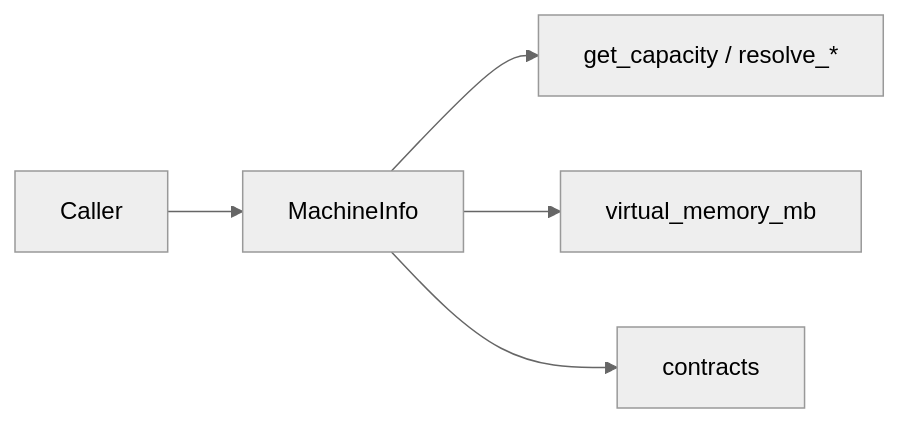
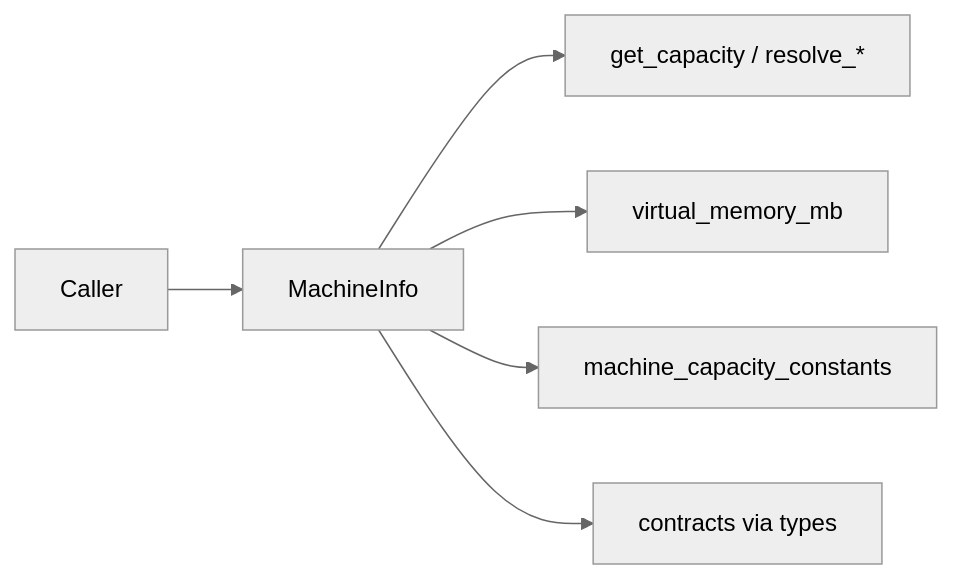
One commit to garnet1985/new-tea-quant changed the diagram in core/infra/machine_capacity/docs/ARCHITECTURE.md. Above: the diagram before and after it, drawn with Mermaid (neutral theme). The commit also changed other lines of this file and 338 other files, not shown here.

````diff
--- a/core/infra/machine_capacity/docs/ARCHITECTURE.md
+++ b/core/infra/machine_capacity/docs/ARCHITECTURE.md
@@ -44,7 +38,8 @@
 ```mermaid
 flowchart LR
   Caller --> MachineInfo
   MachineInfo --> Capacity[get_capacity / resolve_*]
   MachineInfo --> Mem[virtual_memory_mb]
-  MachineInfo --> Types[contracts]
+  MachineInfo --> Const[machine_capacity_constants]
+  MachineInfo --> Types[contracts via types]
 ```
````
